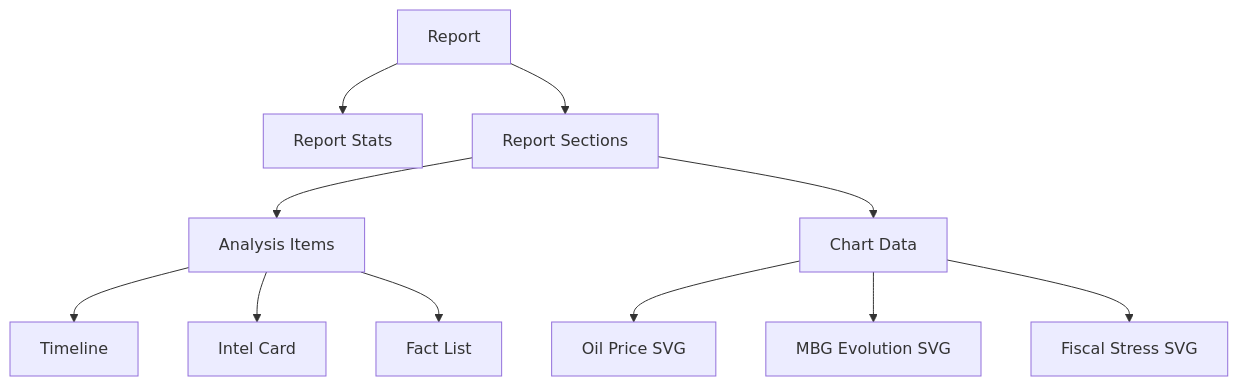
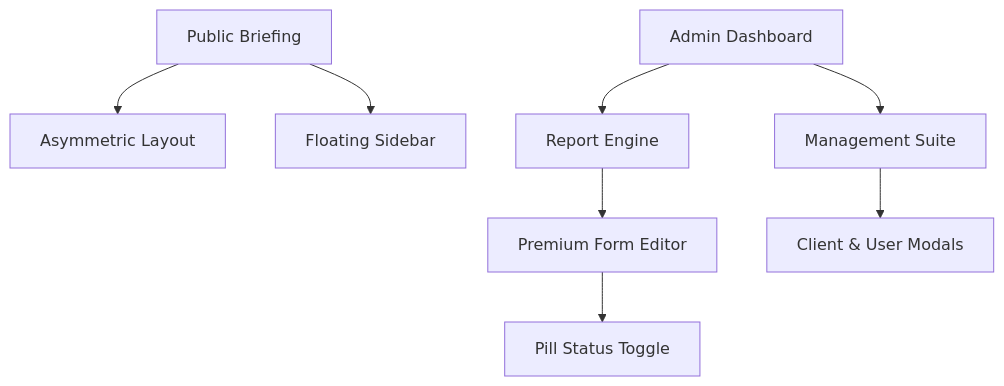
The diagram in README.md (iwanharli/akom), drawn with Mermaid before and after one commit. The commit also changed other lines of this file and 56 other files, not shown here.

Commit message:
Modernization: Global Dark Premium UI, Tactical Elegance Report Layout, and UX Refinements

````diff
--- a/README.md
+++ b/README.md
@@ -29,13 +36,10 @@
 ```mermaid
 graph TD
-    A[Report] --> B[Report Stats]
-    A --> C[Report Sections]
-    C --> D[Analysis Items]
-    C --> E[Chart Data]
-    D --> D1[Timeline]
-    D --> D2[Intel Card]
-    D --> D3[Fact List]
-    E --> E1[Oil Price SVG]
-    E --> E2[MBG Evolution SVG]
-    E --> E3[Fiscal Stress SVG]
+    A[Public Briefing] --> B[Asymmetric Layout]
+    A --> C[Floating Sidebar]
+    D[Admin Dashboard] --> E[Report Engine]
+    D --> F[Management Suite]
+    E --> G[Premium Form Editor]
+    F --> H[Client & User Modals]
+    G --> I[Pill Status Toggle]
 ```
````
